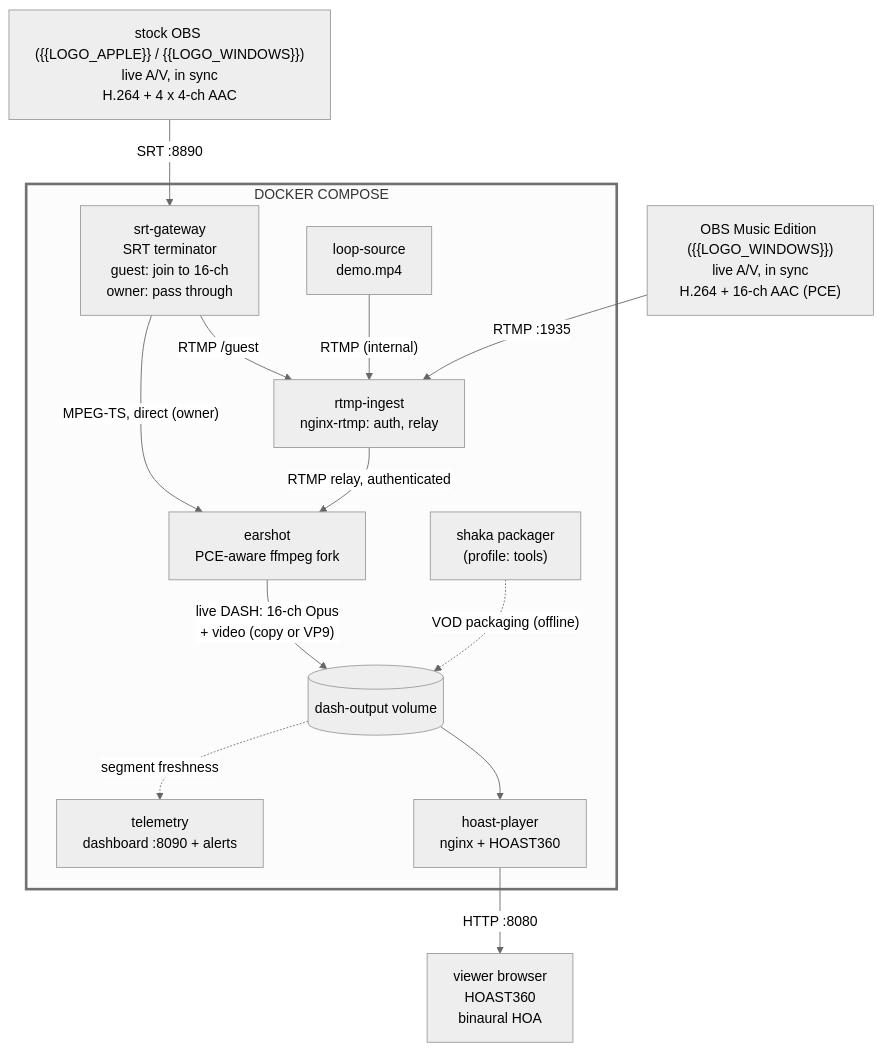
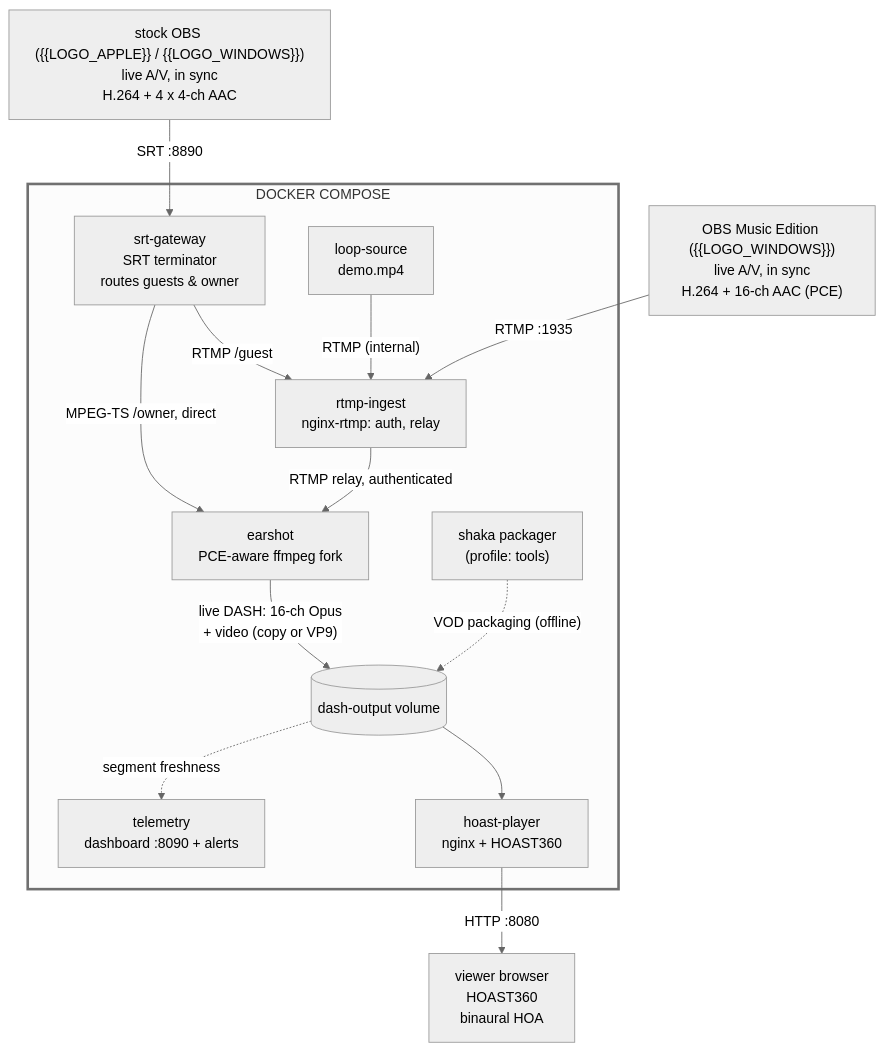
Before and after one commit to mormegil6/ambisonic-box: the diagram in docs/architecture/architecture.mmd, drawn with Mermaid (neutral theme). The commit also changed 2 other files, not shown here.

Commit message:
Diagram: one routing line in the gateway box, edge labels as a parallel pair
The two per-role lines read as jargon; the routes themselves are the
information, so the box says what the service does and the edges say
where each role goes - RTMP /guest above, MPEG-TS /owner, direct below.

```diff
--- a/docs/architecture/architecture.mmd
+++ b/docs/architecture/architecture.mmd
@@ -1,34 +1,34 @@
 %% Architecture / data-flow diagram for the HOA 360 stream stack.
 %% This is the SOURCE only: dagre's raw layout is rearranged by postprocess.py,
 %% so do not embed a plain `mmdc` render of this. Run ./build.sh to regenerate
 %% architecture.svg / architecture.png. The subgraph deliberately has no
 %% `direction` (a nested one would give the SVG two coordinate systems).
 flowchart TD
     SRTOBS["stock OBS ({{LOGO_APPLE}}&nbsp;/&nbsp;{{LOGO_WINDOWS}})<br/>live A/V, in sync<br/>H.264 + 4 x 4-ch AAC"]
     OBS["OBS Music Edition ({{LOGO_WINDOWS}})<br/>live A/V, in sync<br/>H.264 + 16-ch AAC (PCE)"]
 
     subgraph COMPOSE["DOCKER COMPOSE"]
-        GATEWAY["srt-gateway<br/>SRT terminator<br/>guest: join to 16-ch<br/>owner: pass through"]
+        GATEWAY["srt-gateway<br/>SRT terminator<br/>routes guests & owner"]
         INGEST["rtmp-ingest<br/>nginx-rtmp: auth, relay"]
         LOOP["loop-source<br/>demo.mp4"]
         EARSHOT["earshot<br/>PCE-aware ffmpeg fork"]
         VOL[("dash-output volume")]
         SHAKA["shaka packager<br/>(profile: tools)"]
         PLAYER["hoast-player<br/>nginx + HOAST360"]
         TELEM["telemetry<br/>dashboard :8090 + alerts"]
     end
 
     VIEWER["viewer browser<br/>HOAST360<br/>binaural HOA"]
 
     SRTOBS -- "SRT :8890" --> GATEWAY
     GATEWAY -- "RTMP /guest" --> INGEST
-    GATEWAY -- "MPEG-TS, direct (owner)" --> EARSHOT
+    GATEWAY -- "MPEG-TS /owner, direct" --> EARSHOT
     OBS -- "RTMP :1935" --> INGEST
     LOOP -- "RTMP (internal)" --> INGEST
     INGEST -- "RTMP relay, authenticated" --> EARSHOT
     EARSHOT -- "live DASH: 16-ch Opus<br/>+ video (copy or VP9)" --> VOL
     SHAKA -. "VOD packaging (offline)" .-> VOL
     VOL --> PLAYER
     PLAYER -- "HTTP :8080" --> VIEWER
     VOL -. "segment freshness" .-> TELEM
     style COMPOSE stroke-width:3px
```
